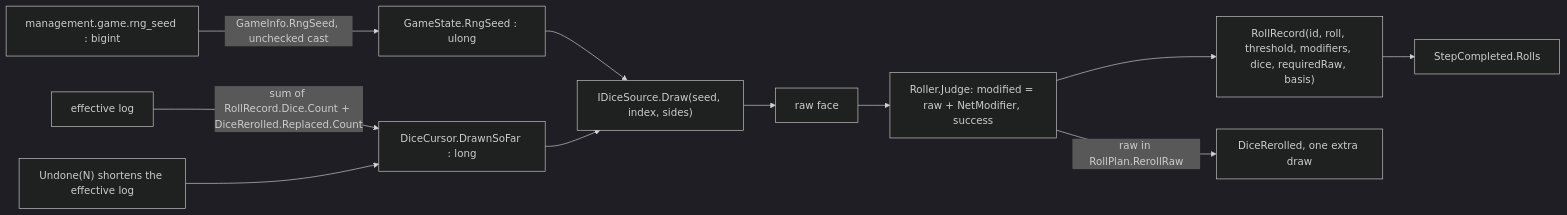
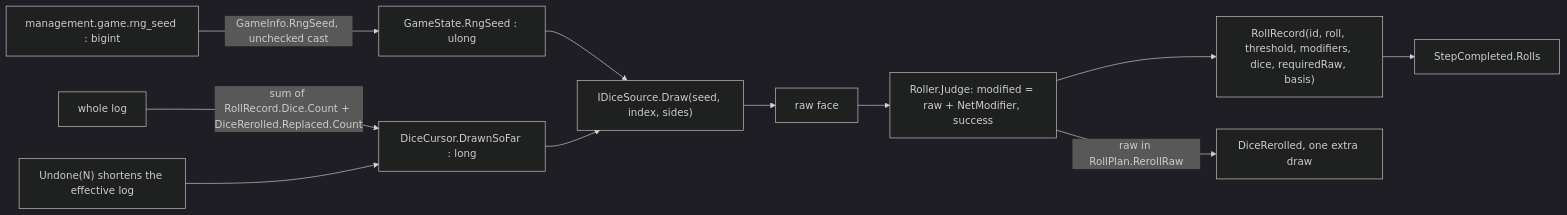
Before and after one commit to cstupi/tabletop: the third of 11 diagrams in docs/design/interpreter/design.md, drawn with Mermaid (dark theme). The commit also changed other lines of this file and 11 other files, not shown here.

First line of the commit message:
Spend an undone roll's dice so undo always draws fresh ones

````diff
--- a/docs/design/interpreter/design.md
+++ b/docs/design/interpreter/design.md
@@ -316,13 +316,13 @@
 ```mermaid
 flowchart LR
     row["management.game.rng_seed : bigint"] -- "GameInfo.RngSeed, unchecked cast" --> seed["GameState.RngSeed : ulong"]
-    log["effective log"] -- "sum of RollRecord.Dice.Count + DiceRerolled.Replaced.Count" --> cur["DiceCursor.DrawnSoFar : long"]
+    log["whole log"] -- "sum of RollRecord.Dice.Count + DiceRerolled.Replaced.Count" --> cur["DiceCursor.DrawnSoFar : long"]
     seed --> src["IDiceSource.Draw(seed, index, sides)"]
     cur --> src
     src --> die["raw face"]
     die --> judge["Roller.Judge: modified = raw + NetModifier, success"]
     judge --> rec["RollRecord(id, roll, threshold, modifiers, dice, requiredRaw, basis)"]
     rec --> sc["StepCompleted.Rolls"]
     judge -- "raw in RollPlan.RerollRaw" --> forced["DiceRerolled, one extra draw"]
     undo["Undone(N) shortens the effective log"] --> cur
 ```
````
